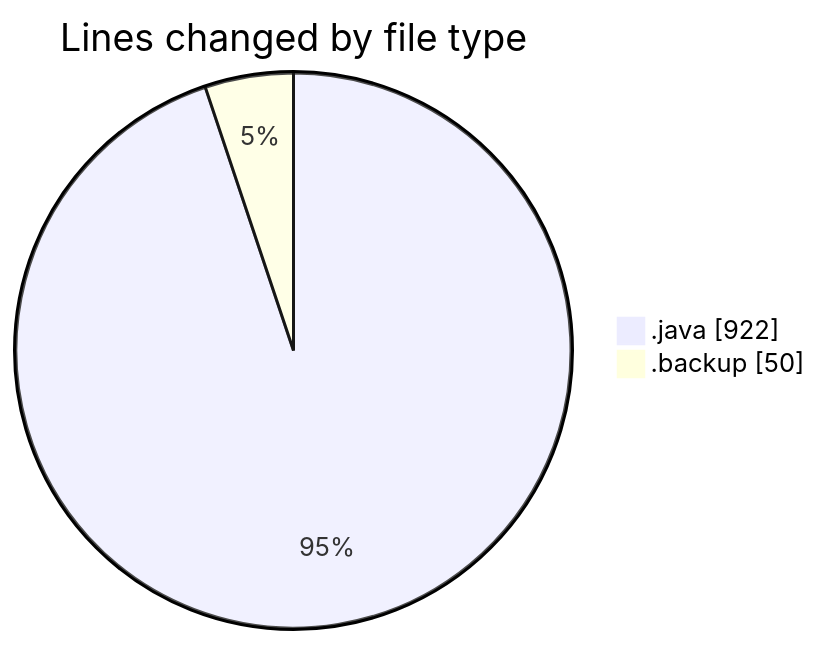
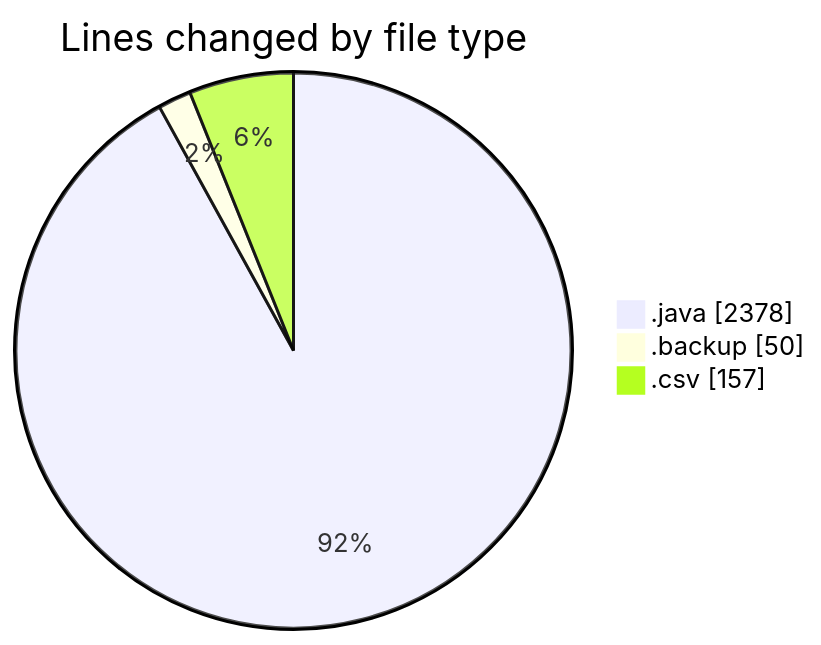
One commit to ricardozamudiocil/code-tracking changed the first of 2 diagrams in 2026-02-26/cilapp/README.md. Above: the diagram before and after it, drawn with Mermaid. The commit also changed other lines of this file and 1 other file, not shown here.

````diff
--- a/2026-02-26/cilapp/README.md
+++ b/2026-02-26/cilapp/README.md
@@ -25,6 +27,7 @@
 ```mermaid
 pie showData
 title Lines changed by file type
-".java" : 922
+".java" : 2378
 ".backup" : 50
+".csv" : 157
 ```
````
